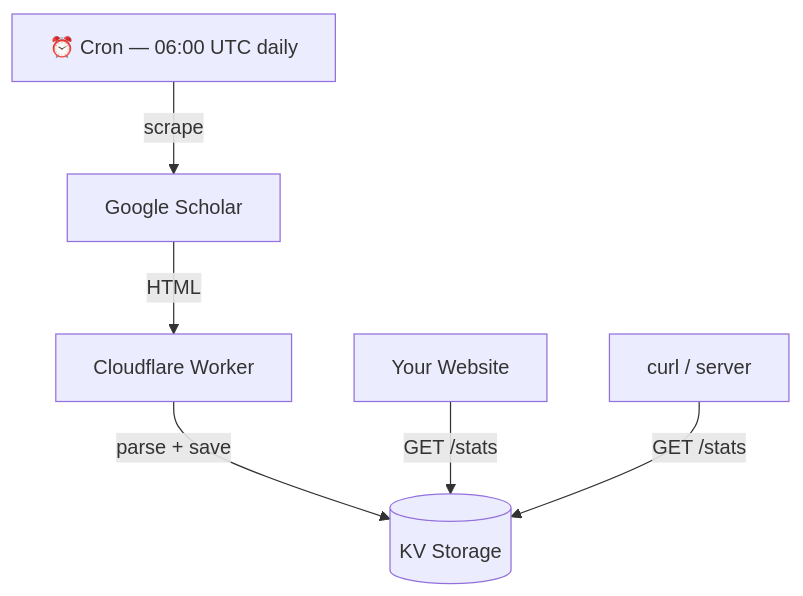
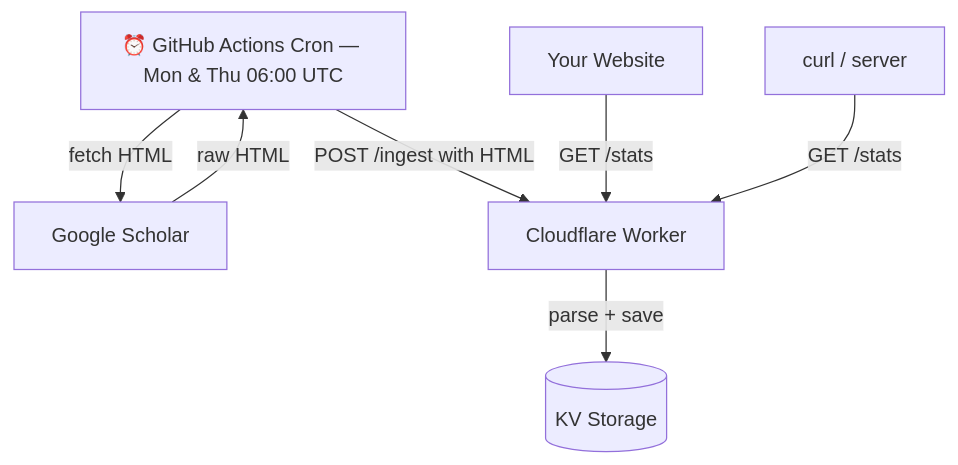
The first of 3 diagrams in README.md (ratul16/google-scholar-scarper), drawn with Mermaid before and after one commit. The commit also changed other lines of this file and 4 other files, not shown here.

Commit message:
feat: switch to GitHub Actions scraping via /ingest

````diff
--- a/README.md
+++ b/README.md
@@ -9,8 +9,9 @@
 ```mermaid
 flowchart TD
-    A[⏰ Cron — 06:00 UTC daily] -->|scrape| B[Google Scholar]
-    B -->|HTML| C[Cloudflare Worker]
+    A[⏰ GitHub Actions Cron — Mon & Thu 06:00 UTC] -->|fetch HTML| B[Google Scholar]
+    B -->|raw HTML| A
+    A -->|POST /ingest with HTML| C[Cloudflare Worker]
     C -->|parse + save| D[(KV Storage)]
-    E[Your Website] -->|GET /stats| D
-    F[curl / server] -->|GET /stats| D
+    E[Your Website] -->|GET /stats| C
+    F[curl / server] -->|GET /stats| C
 ```
````
